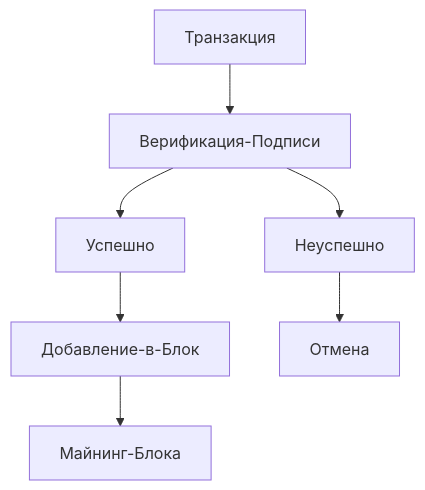
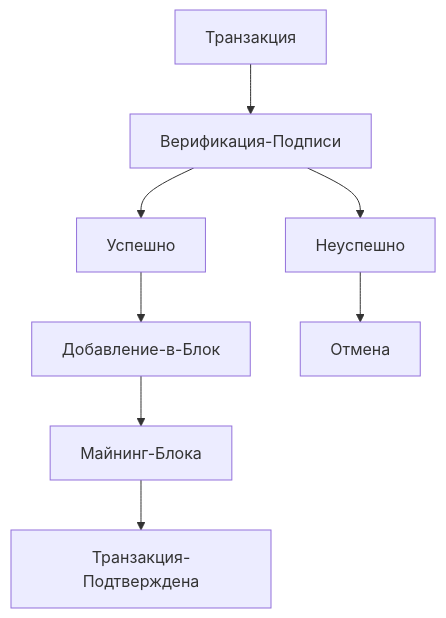
One commit to LaPedrik/Blockchain-Client changed the diagram in README.md. Above: the diagram before and after it, drawn with Mermaid.

````diff
--- a/README.md
+++ b/README.md
@@ -12,9 +12,10 @@
 ```mermaid
 graph TD;
     Транзакция-->Верификация-Подписи;
     Верификация-Подписи-->Успешно;
     Верификация-Подписи-->Неуспешно;
     Успешно-->Добавление-в-Блок;
     Добавление-в-Блок-->Майнинг-Блока;
     Неуспешно-->Отмена;
+    Майнинг-Блока-->Транзакция-Подтверждена
 ```
````
